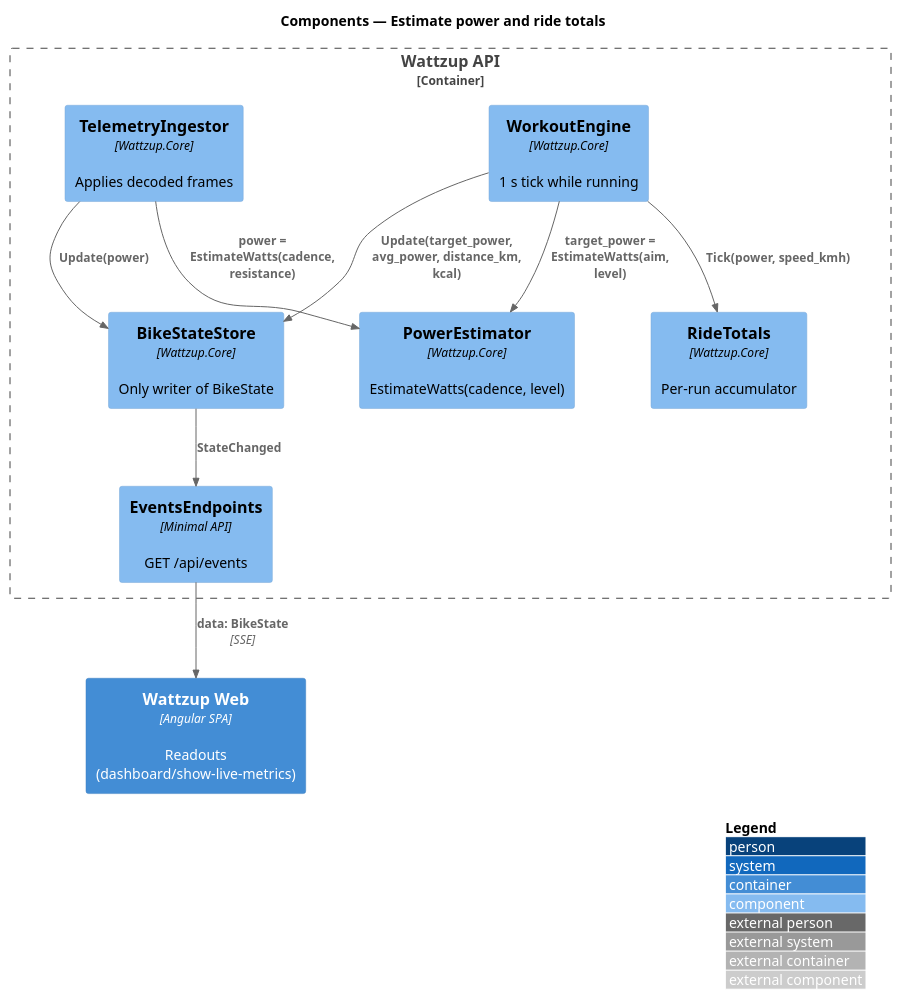
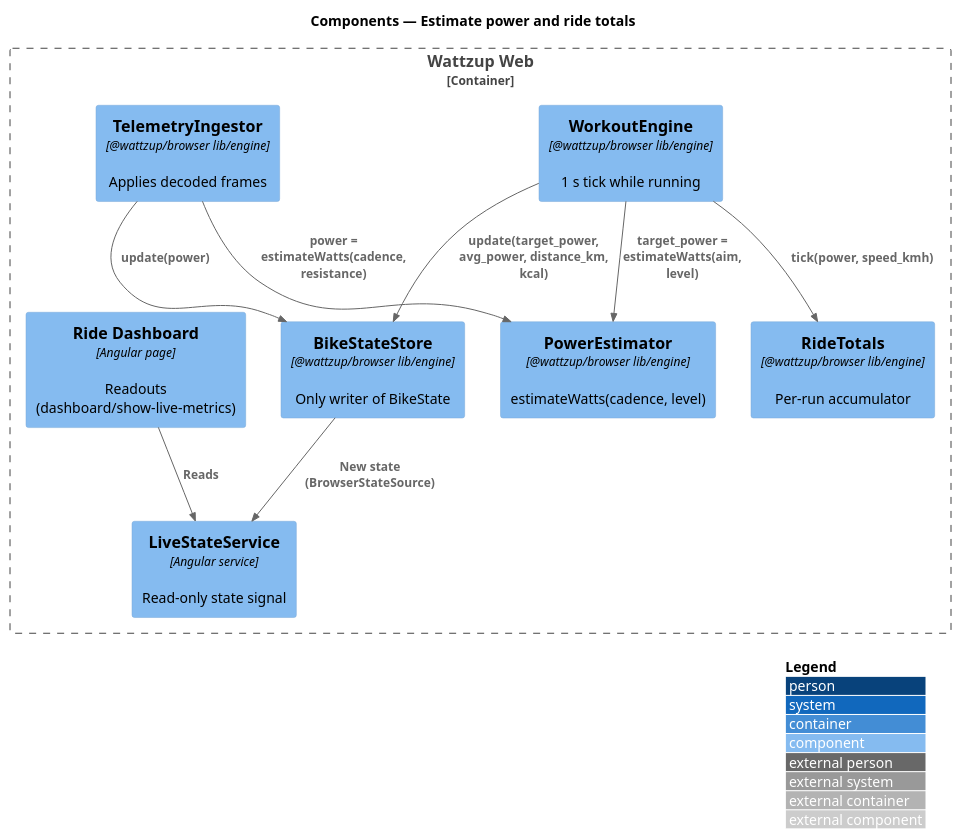
The diagram in docs/detailed-designs/telemetry/estimate-power-and-totals/diagrams/c4-component.puml (QuinntyneBrown/ride-one), drawn with PlantUML before and after one commit. The commit also changed 547 other files, not shown here.

```diff
--- a/docs/detailed-designs/telemetry/estimate-power-and-totals/diagrams/c4-component.puml
+++ b/docs/detailed-designs/telemetry/estimate-power-and-totals/diagrams/c4-component.puml
@@ -1,23 +1,23 @@
 @startuml
 !include <C4/C4_Component>
 LAYOUT_WITH_LEGEND()
 title Components — Estimate power and ride totals
 
-Container_Boundary(api, "Wattzup API") {
-  Component(ing, "TelemetryIngestor", "Wattzup.Core", "Applies decoded frames")
-  Component(eng, "WorkoutEngine", "Wattzup.Core", "1 s tick while running")
-  Component(pow, "PowerEstimator", "Wattzup.Core", "EstimateWatts(cadence, level)")
-  Component(tot, "RideTotals", "Wattzup.Core", "Per-run accumulator")
-  Component(store, "BikeStateStore", "Wattzup.Core", "Only writer of BikeState")
-  Component(sse, "EventsEndpoints", "Minimal API", "GET /api/events")
+Container_Boundary(app, "Wattzup Web") {
+  Component(ing, "TelemetryIngestor", "@wattzup/browser lib/engine", "Applies decoded frames")
+  Component(eng, "WorkoutEngine", "@wattzup/browser lib/engine", "1 s tick while running")
+  Component(pow, "PowerEstimator", "@wattzup/browser lib/engine", "estimateWatts(cadence, level)")
+  Component(tot, "RideTotals", "@wattzup/browser lib/engine", "Per-run accumulator")
+  Component(store, "BikeStateStore", "@wattzup/browser lib/engine", "Only writer of BikeState")
+  Component(live, "LiveStateService", "Angular service", "Read-only state signal")
+  Component(web, "Ride Dashboard", "Angular page", "Readouts (dashboard/show-live-metrics)")
 }
-Container(web, "Wattzup Web", "Angular SPA", "Readouts (dashboard/show-live-metrics)")
 
-Rel(ing, pow, "power = EstimateWatts(cadence, resistance)")
-Rel(ing, store, "Update(power)")
-Rel(eng, pow, "target_power = EstimateWatts(aim, level)")
-Rel(eng, tot, "Tick(power, speed_kmh)")
-Rel(eng, store, "Update(target_power, avg_power, distance_km, kcal)")
-Rel(store, sse, "StateChanged")
-Rel(sse, web, "data: BikeState", "SSE")
+Rel(ing, pow, "power = estimateWatts(cadence, resistance)")
+Rel(ing, store, "update(power)")
+Rel(eng, pow, "target_power = estimateWatts(aim, level)")
+Rel(eng, tot, "tick(power, speed_kmh)")
+Rel(eng, store, "update(target_power, avg_power, distance_km, kcal)")
+Rel(store, live, "New state (BrowserStateSource)")
+Rel(web, live, "Reads")
 @enduml
```
